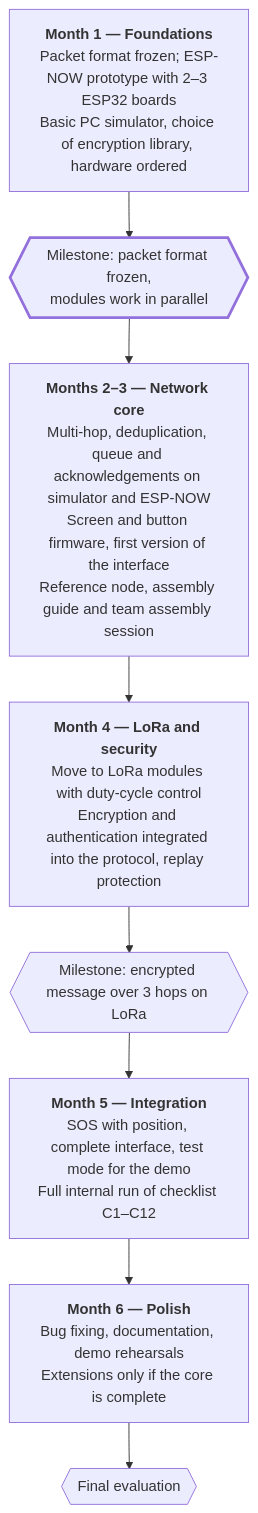
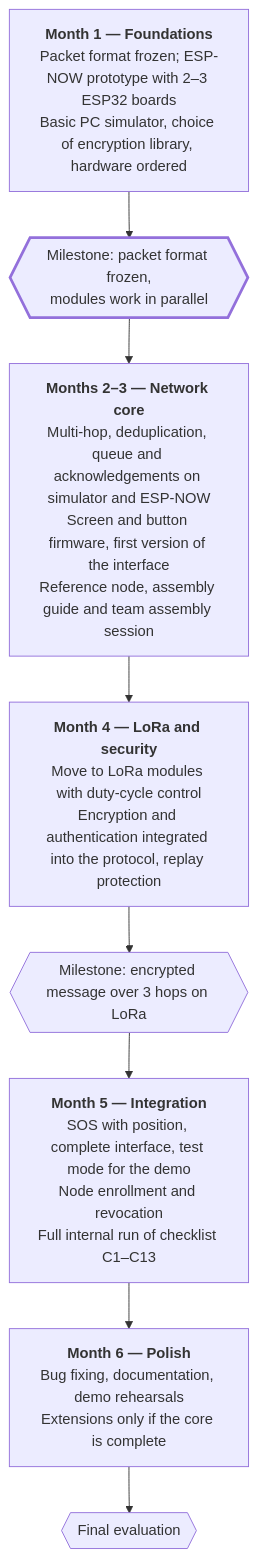
Before and after one commit to emptydeepblue/42-open-project: the second of 2 diagrams in docs/specification.md, drawn with Mermaid. The commit also changed other lines of this file and 1 other file, not shown here.

First line of the commit message:
docs(spec): add closed membership (N12) and checklist item C13

````diff
--- a/docs/specification.md
+++ b/docs/specification.md
@@ -172,15 +174,15 @@
 ```mermaid
 flowchart TB
     F1["<b>Month 1 — Foundations</b><br/>Packet format frozen; ESP-NOW prototype with 2–3 ESP32 boards<br/>Basic PC simulator, choice of encryption library, hardware ordered"]
     G1{{"Milestone: packet format frozen,<br/>modules work in parallel"}}
     F2["<b>Months 2–3 — Network core</b><br/>Multi-hop, deduplication, queue and acknowledgements on simulator and ESP-NOW<br/>Screen and button firmware, first version of the interface<br/>Reference node, assembly guide and team assembly session"]
     F3["<b>Month 4 — LoRa and security</b><br/>Move to LoRa modules with duty-cycle control<br/>Encryption and authentication integrated into the protocol, replay protection"]
     G2{{"Milestone: encrypted message over 3 hops on LoRa"}}
-    F4["<b>Month 5 — Integration</b><br/>SOS with position, complete interface, test mode for the demo<br/>Full internal run of checklist C1–C12"]
+    F4["<b>Month 5 — Integration</b><br/>SOS with position, complete interface, test mode for the demo<br/>Node enrollment and revocation<br/>Full internal run of checklist C1–C13"]
     F5["<b>Month 6 — Polish</b><br/>Bug fixing, documentation, demo rehearsals<br/>Extensions only if the core is complete"]
     G3{{"Final evaluation"}}
 
     F1 --> G1 --> F2 --> F3 --> G2 --> F4 --> F5 --> G3
 
     style G1 stroke-width:3px
 ```
````
